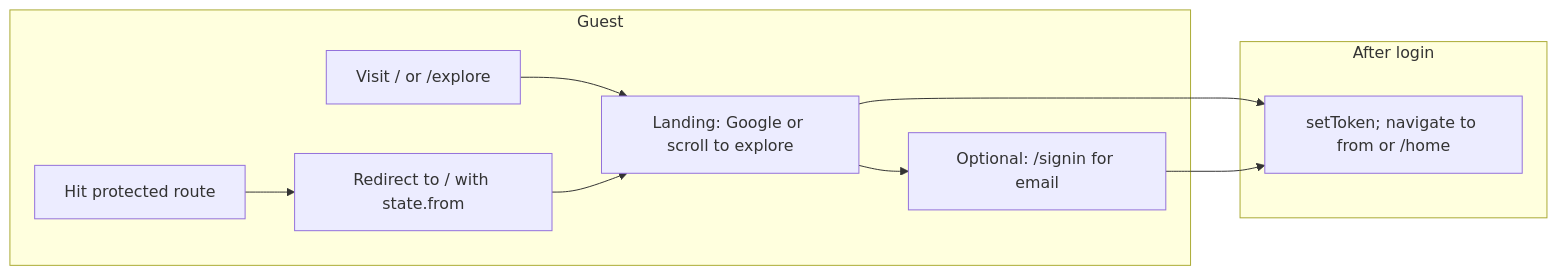
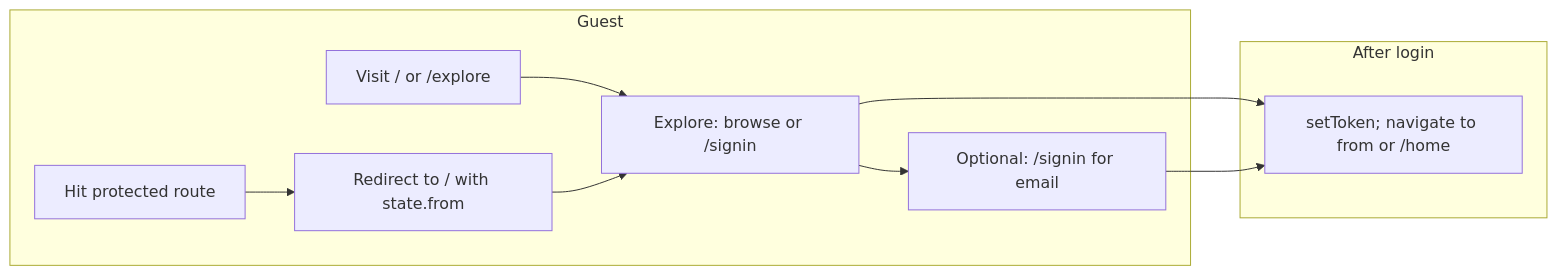
Before and after one commit to HimanshuVermaG/Edura-Notes: the diagram in FRONTEND_DESIGN.md, drawn with Mermaid. The commit also changed other lines of this file and 9 other files, not shown here.

````diff
--- a/FRONTEND_DESIGN.md
+++ b/FRONTEND_DESIGN.md
@@ -107,19 +107,19 @@
 ```mermaid
 flowchart LR
   subgraph guest [Guest]
     A["Visit / or /explore"]
     B["Hit protected route"]
     C["Redirect to / with state.from"]
-    D["Landing: Google or scroll to explore"]
+    D["Explore: browse or /signin"]
     E["Optional: /signin for email"]
   end
   subgraph login [After login]
     F["setToken; navigate to from or /home"]
   end
   A --> D
   B --> C
   C --> D
   D --> E
   D --> F
   E --> F
 ```
````
